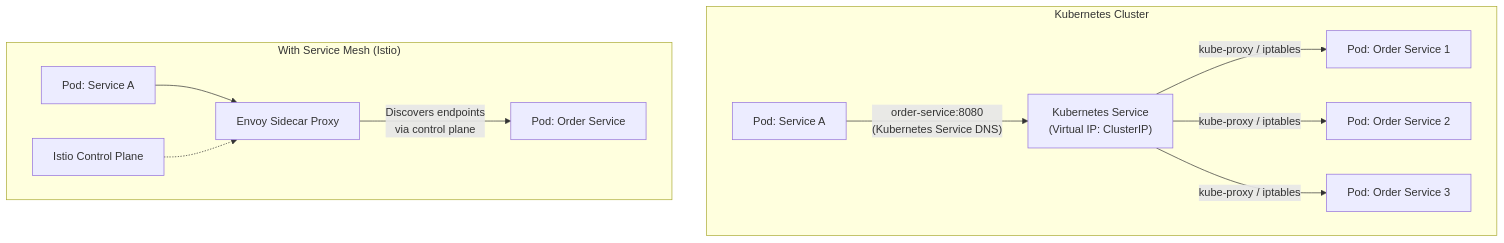
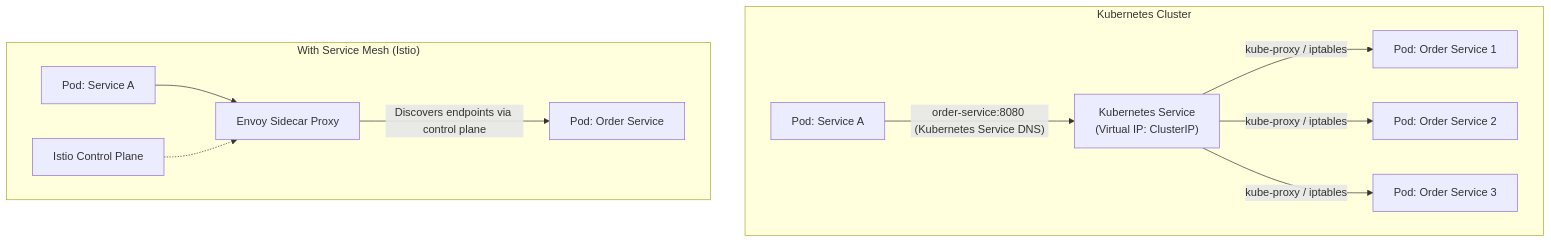
Before and after one commit to vladiant/vladiant: the seventh of 10 diagrams in software_architecture/07_service_discovery_registration.md, drawn with Mermaid. The commit also changed other lines of this file and 2 other files, not shown here.

Commit message:
Fix mermaid renderings

````diff
--- a/software_architecture/07_service_discovery_registration.md
+++ b/software_architecture/07_service_discovery_registration.md
@@ -156,15 +156,15 @@
 ```mermaid
 graph TB
     subgraph "Kubernetes Cluster"
-        SA[Pod: Service A] -- "order-service:8080<br/>(Kubernetes Service DNS)" --> KS["Kubernetes Service<br/>(Virtual IP: ClusterIP)"]
+        SA[Pod: Service A] -- "order-service:8080 (Kubernetes Service DNS)" --> KS["Kubernetes Service<br/>(Virtual IP: ClusterIP)"]
         KS -- "kube-proxy / iptables" --> OB1[Pod: Order Service 1]
         KS -- "kube-proxy / iptables" --> OB2[Pod: Order Service 2]
         KS -- "kube-proxy / iptables" --> OB3[Pod: Order Service 3]
     end
 
     subgraph "With Service Mesh (Istio)"
         SA2[Pod: Service A] --> EP[Envoy Sidecar Proxy]
-        EP -- "Discovers endpoints<br/>via control plane" --> OB4[Pod: Order Service]
+        EP -- "Discovers endpoints via control plane" --> OB4[Pod: Order Service]
         CP[Istio Control Plane] -.-> EP
     end
 ```
````
